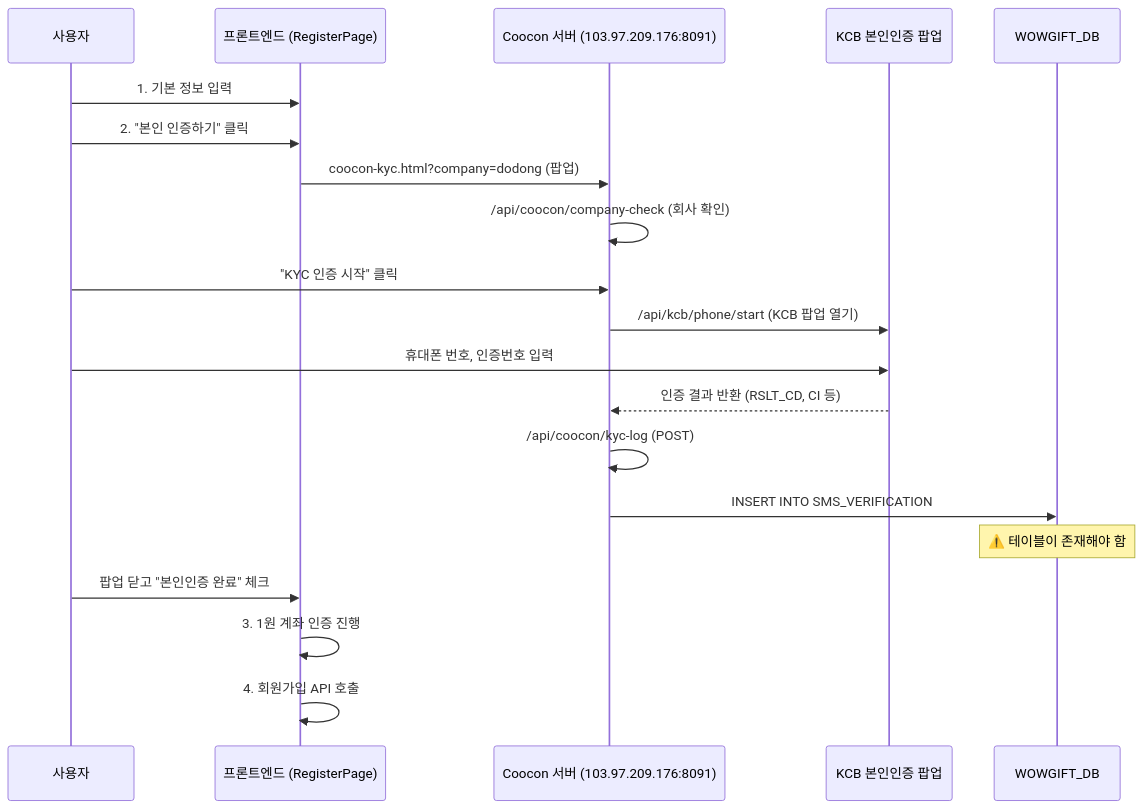
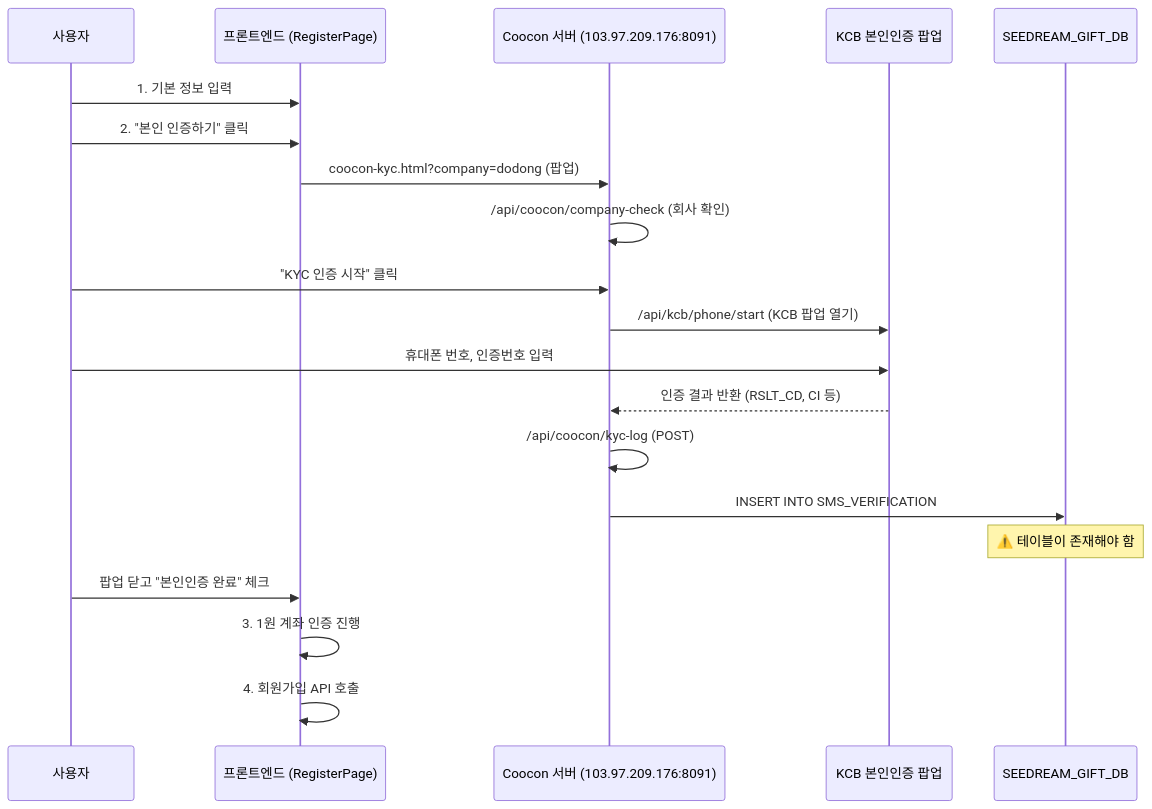
Before and after one commit to x-ordo/SeedreamGift: the diagram in docs/KYC_INTEGRATION.md, drawn with Mermaid. The commit also changed other lines of this file and 13 other files, not shown here.

````diff
--- a/docs/KYC_INTEGRATION.md
+++ b/docs/KYC_INTEGRATION.md
@@ -11,23 +11,23 @@
 ```mermaid
 sequenceDiagram
     participant U as 사용자
     participant F as 프론트엔드 (RegisterPage)
     participant C as Coocon 서버 (103.97.209.176:8091)
     participant K as KCB 본인인증 팝업
-    participant DB as WOWGIFT_DB
+    participant DB as SEEDREAM_GIFT_DB
 
     U->>F: 1. 기본 정보 입력
     U->>F: 2. "본인 인증하기" 클릭
     F->>C: coocon-kyc.html?company=dodong (팝업)
     C->>C: /api/coocon/company-check (회사 확인)
     U->>C: "KYC 인증 시작" 클릭
     C->>K: /api/kcb/phone/start (KCB 팝업 열기)
     U->>K: 휴대폰 번호, 인증번호 입력
     K-->>C: 인증 결과 반환 (RSLT_CD, CI 등)
     C->>C: /api/coocon/kyc-log (POST)
     C->>DB: INSERT INTO SMS_VERIFICATION
     Note over DB: ⚠️ 테이블이 존재해야 함
     U->>F: 팝업 닫고 "본인인증 완료" 체크
     F->>F: 3. 1원 계좌 인증 진행
     F->>F: 4. 회원가입 API 호출
 ```
````
